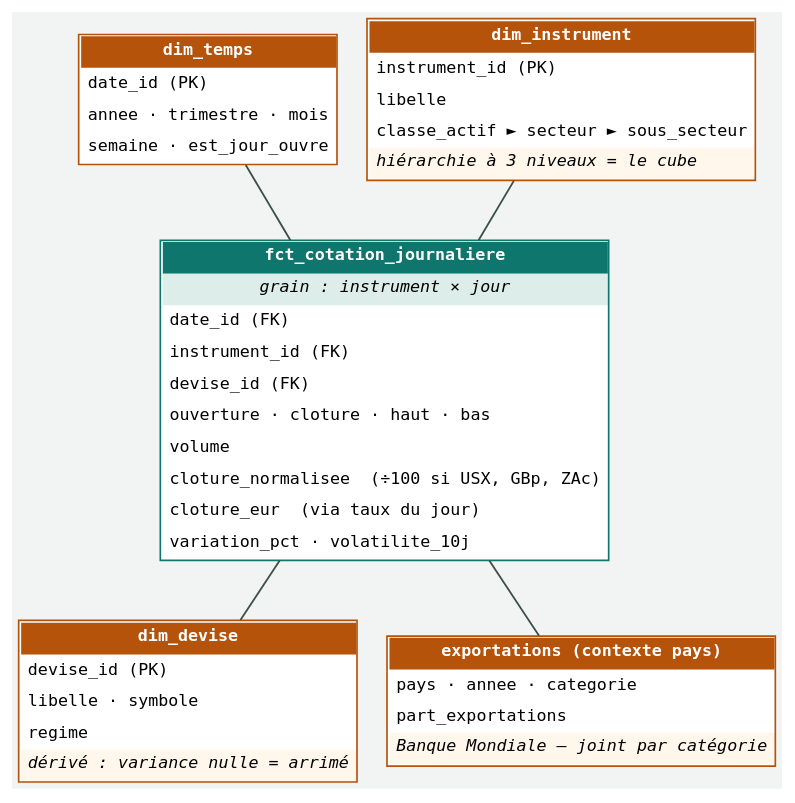
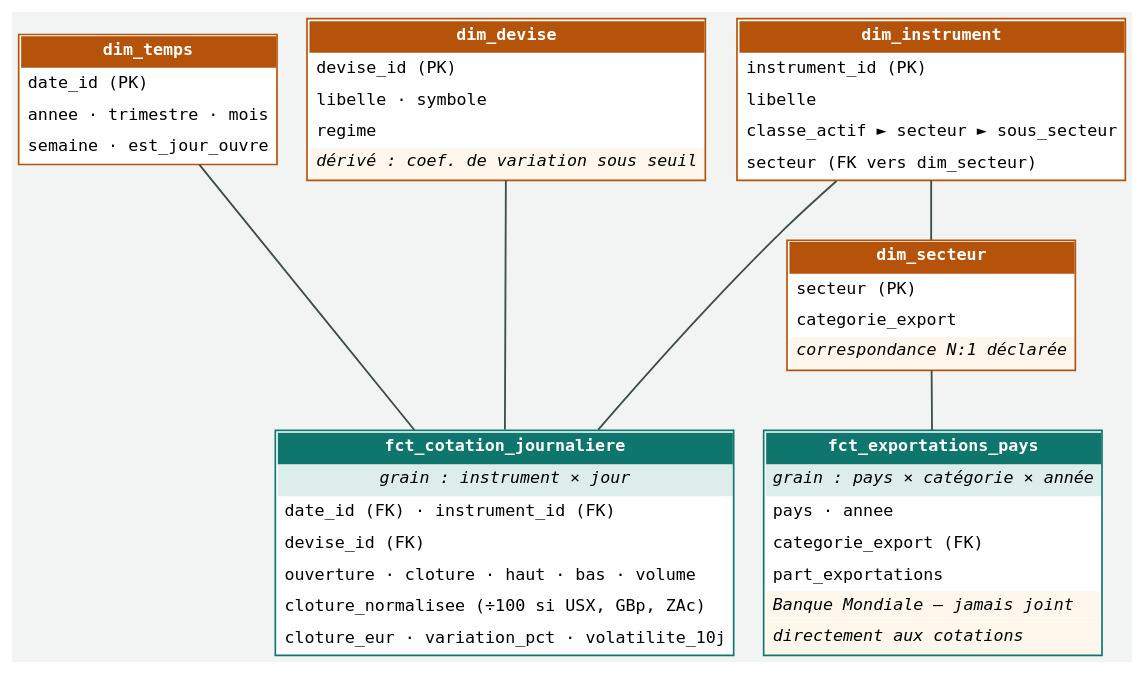
The diagram in docs/etoile.dot (Gblack98/mbda-projet2-pipeline), drawn with Graphviz before and after one commit. The commit also changed 7 other files, not shown here.

First line of the commit message:
fix: separe les exportations en table de faits distincte

```diff
--- a/docs/etoile.dot
+++ b/docs/etoile.dot
@@ -1,59 +1,68 @@
-digraph etoile {
+digraph constellation {
   bgcolor="#F1F4F2";
   fontname="DejaVu Sans";
   node [fontname="DejaVu Sans Mono", fontsize=10, shape=plain];
   edge [color="#3D4F48", penwidth=1.1, arrowhead=none];
-
-  fct [label=<
-    <TABLE BORDER="1" CELLBORDER="0" CELLSPACING="0" CELLPADDING="4" COLOR="#0F766E" BGCOLOR="white">
-      <TR><TD BGCOLOR="#0F766E"><FONT COLOR="white"><B>fct_cotation_journaliere</B></FONT></TD></TR>
-      <TR><TD BGCOLOR="#DCEDEA"><I>grain : instrument × jour</I></TD></TR>
-      <TR><TD ALIGN="LEFT">date_id (FK)</TD></TR>
-      <TR><TD ALIGN="LEFT">instrument_id (FK)</TD></TR>
-      <TR><TD ALIGN="LEFT">devise_id (FK)</TD></TR>
-      <TR><TD ALIGN="LEFT">ouverture · cloture · haut · bas</TD></TR>
-      <TR><TD ALIGN="LEFT">volume</TD></TR>
-      <TR><TD ALIGN="LEFT">cloture_normalisee  (÷100 si USX, GBp, ZAc)</TD></TR>
-      <TR><TD ALIGN="LEFT">cloture_eur  (via taux du jour)</TD></TR>
-      <TR><TD ALIGN="LEFT">variation_pct · volatilite_10j</TD></TR>
-    </TABLE>>];
 
   temps [label=<
     <TABLE BORDER="1" CELLBORDER="0" CELLSPACING="0" CELLPADDING="4" COLOR="#B45309" BGCOLOR="white">
       <TR><TD BGCOLOR="#B45309"><FONT COLOR="white"><B>dim_temps</B></FONT></TD></TR>
       <TR><TD ALIGN="LEFT">date_id (PK)</TD></TR>
       <TR><TD ALIGN="LEFT">annee · trimestre · mois</TD></TR>
       <TR><TD ALIGN="LEFT">semaine · est_jour_ouvre</TD></TR>
     </TABLE>>];
 
   instr [label=<
     <TABLE BORDER="1" CELLBORDER="0" CELLSPACING="0" CELLPADDING="4" COLOR="#B45309" BGCOLOR="white">
       <TR><TD BGCOLOR="#B45309"><FONT COLOR="white"><B>dim_instrument</B></FONT></TD></TR>
       <TR><TD ALIGN="LEFT">instrument_id (PK)</TD></TR>
       <TR><TD ALIGN="LEFT">libelle</TD></TR>
       <TR><TD ALIGN="LEFT">classe_actif ► secteur ► sous_secteur</TD></TR>
-      <TR><TD ALIGN="LEFT" BGCOLOR="#FFF7EC"><I>hiérarchie à 3 niveaux = le cube</I></TD></TR>
+      <TR><TD ALIGN="LEFT">secteur (FK vers dim_secteur)</TD></TR>
     </TABLE>>];
 
   devise [label=<
     <TABLE BORDER="1" CELLBORDER="0" CELLSPACING="0" CELLPADDING="4" COLOR="#B45309" BGCOLOR="white">
       <TR><TD BGCOLOR="#B45309"><FONT COLOR="white"><B>dim_devise</B></FONT></TD></TR>
       <TR><TD ALIGN="LEFT">devise_id (PK)</TD></TR>
       <TR><TD ALIGN="LEFT">libelle · symbole</TD></TR>
       <TR><TD ALIGN="LEFT">regime</TD></TR>
-      <TR><TD ALIGN="LEFT" BGCOLOR="#FFF7EC"><I>dérivé : variance nulle = arrimé</I></TD></TR>
+      <TR><TD ALIGN="LEFT" BGCOLOR="#FFF7EC"><I>dérivé : coef. de variation sous seuil</I></TD></TR>
     </TABLE>>];
 
-  expo [label=<
+  secteur [label=<
     <TABLE BORDER="1" CELLBORDER="0" CELLSPACING="0" CELLPADDING="4" COLOR="#B45309" BGCOLOR="white">
-      <TR><TD BGCOLOR="#B45309"><FONT COLOR="white"><B>exportations (contexte pays)</B></FONT></TD></TR>
-      <TR><TD ALIGN="LEFT">pays · annee · categorie</TD></TR>
-      <TR><TD ALIGN="LEFT">part_exportations</TD></TR>
-      <TR><TD ALIGN="LEFT" BGCOLOR="#FFF7EC"><I>Banque Mondiale — joint par catégorie</I></TD></TR>
+      <TR><TD BGCOLOR="#B45309"><FONT COLOR="white"><B>dim_secteur</B></FONT></TD></TR>
+      <TR><TD ALIGN="LEFT">secteur (PK)</TD></TR>
+      <TR><TD ALIGN="LEFT">categorie_export</TD></TR>
+      <TR><TD ALIGN="LEFT" BGCOLOR="#FFF7EC"><I>correspondance N:1 déclarée</I></TD></TR>
     </TABLE>>];
 
-  temps -> fct; instr -> fct;
-  fct -> devise; fct -> expo;
-  {rank=same; temps; instr;}
-  {rank=same; devise; expo;}
+  fct1 [label=<
+    <TABLE BORDER="1" CELLBORDER="0" CELLSPACING="0" CELLPADDING="4" COLOR="#0F766E" BGCOLOR="white">
+      <TR><TD BGCOLOR="#0F766E"><FONT COLOR="white"><B>fct_cotation_journaliere</B></FONT></TD></TR>
+      <TR><TD BGCOLOR="#DCEDEA"><I>grain : instrument × jour</I></TD></TR>
+      <TR><TD ALIGN="LEFT">date_id (FK) · instrument_id (FK)</TD></TR>
+      <TR><TD ALIGN="LEFT">devise_id (FK)</TD></TR>
+      <TR><TD ALIGN="LEFT">ouverture · cloture · haut · bas · volume</TD></TR>
+      <TR><TD ALIGN="LEFT">cloture_normalisee (÷100 si USX, GBp, ZAc)</TD></TR>
+      <TR><TD ALIGN="LEFT">cloture_eur · variation_pct · volatilite_10j</TD></TR>
+    </TABLE>>];
+
+  fct2 [label=<
+    <TABLE BORDER="1" CELLBORDER="0" CELLSPACING="0" CELLPADDING="4" COLOR="#0F766E" BGCOLOR="white">
+      <TR><TD BGCOLOR="#0F766E"><FONT COLOR="white"><B>fct_exportations_pays</B></FONT></TD></TR>
+      <TR><TD BGCOLOR="#DCEDEA"><I>grain : pays × catégorie × année</I></TD></TR>
+      <TR><TD ALIGN="LEFT">pays · annee</TD></TR>
+      <TR><TD ALIGN="LEFT">categorie_export (FK)</TD></TR>
+      <TR><TD ALIGN="LEFT">part_exportations</TD></TR>
+      <TR><TD ALIGN="LEFT" BGCOLOR="#FFF7EC"><I>Banque Mondiale — jamais joint</I></TD></TR>
+      <TR><TD ALIGN="LEFT" BGCOLOR="#FFF7EC"><I>directement aux cotations</I></TD></TR>
+    </TABLE>>];
+
+  temps -> fct1; instr -> fct1; devise -> fct1;
+  instr -> secteur; secteur -> fct2;
+
+  {rank=same; temps; instr; devise;}
+  {rank=same; fct1; fct2;}
 }
```
